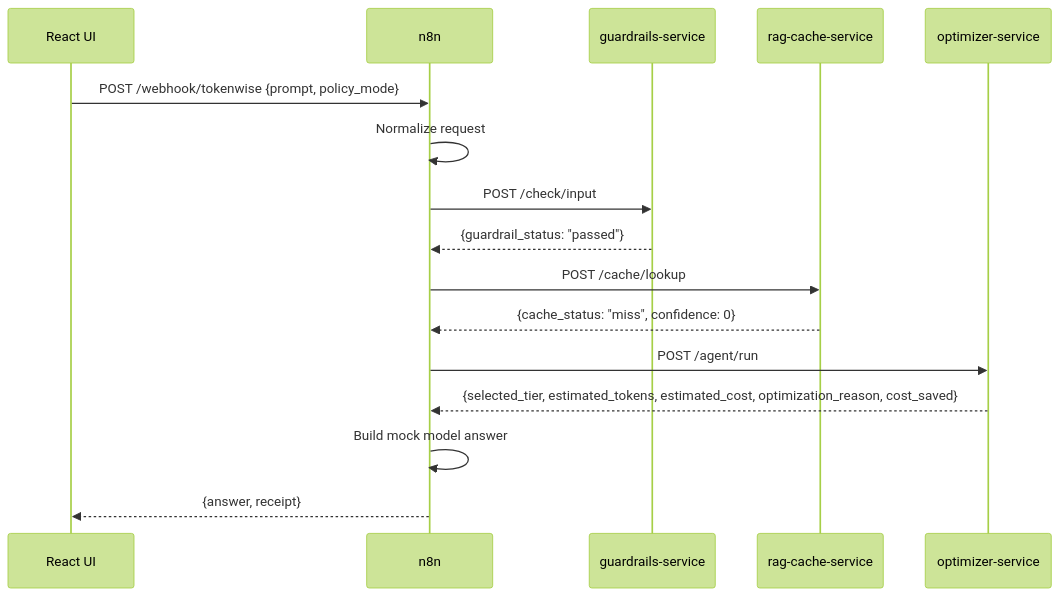
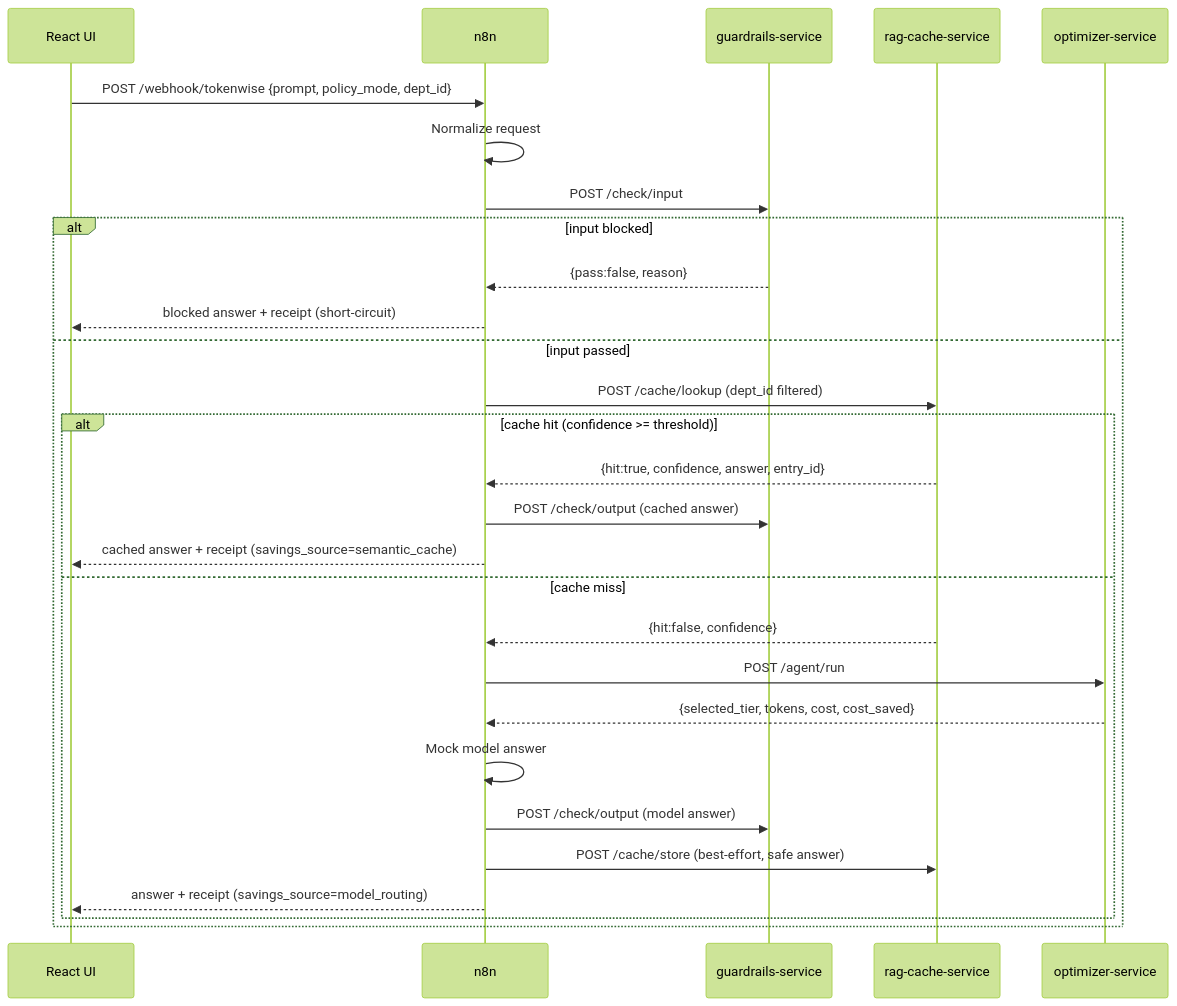
The second of 2 diagrams in docs/architecture.md (tomeryoel/tokenwise), drawn with Mermaid (forest theme) before and after one commit. The commit also changed other lines of this file and 2 other files, not shown here.

Commit message:
docs(cache): document semantic cache isolation, persistence and threshold

````diff
--- a/docs/architecture.md
+++ b/docs/architecture.md
@@ -54,19 +54,31 @@
 ```mermaid
 sequenceDiagram
     participant UI as React UI
     participant N as n8n
     participant G as guardrails-service
     participant C as rag-cache-service
     participant O as optimizer-service
 
-    UI->>N: POST /webhook/tokenwise {prompt, policy_mode}
+    UI->>N: POST /webhook/tokenwise {prompt, policy_mode, dept_id}
     N->>N: Normalize request
     N->>G: POST /check/input
-    G-->>N: {guardrail_status: "passed"}
-    N->>C: POST /cache/lookup
-    C-->>N: {cache_status: "miss", confidence: 0}
-    N->>O: POST /agent/run
-    O-->>N: {selected_tier, estimated_tokens, estimated_cost, optimization_reason, cost_saved}
-    N->>N: Build mock model answer
-    N-->>UI: {answer, receipt}
+    alt input blocked
+        G-->>N: {pass:false, reason}
+        N-->>UI: blocked answer + receipt (short-circuit)
+    else input passed
+        N->>C: POST /cache/lookup (dept_id filtered)
+        alt cache hit (confidence >= threshold)
+            C-->>N: {hit:true, confidence, answer, entry_id}
+            N->>G: POST /check/output (cached answer)
+            N-->>UI: cached answer + receipt (savings_source=semantic_cache)
+        else cache miss
+            C-->>N: {hit:false, confidence}
+            N->>O: POST /agent/run
+            O-->>N: {selected_tier, tokens, cost, cost_saved}
+            N->>N: Mock model answer
+            N->>G: POST /check/output (model answer)
+            N->>C: POST /cache/store (best-effort, safe answer)
+            N-->>UI: answer + receipt (savings_source=model_routing)
+        end
+    end
 ```
````
